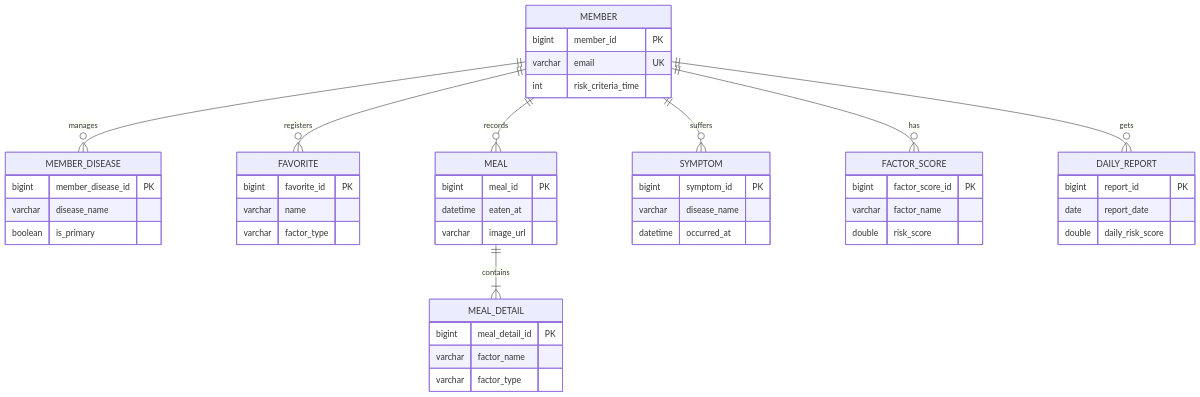
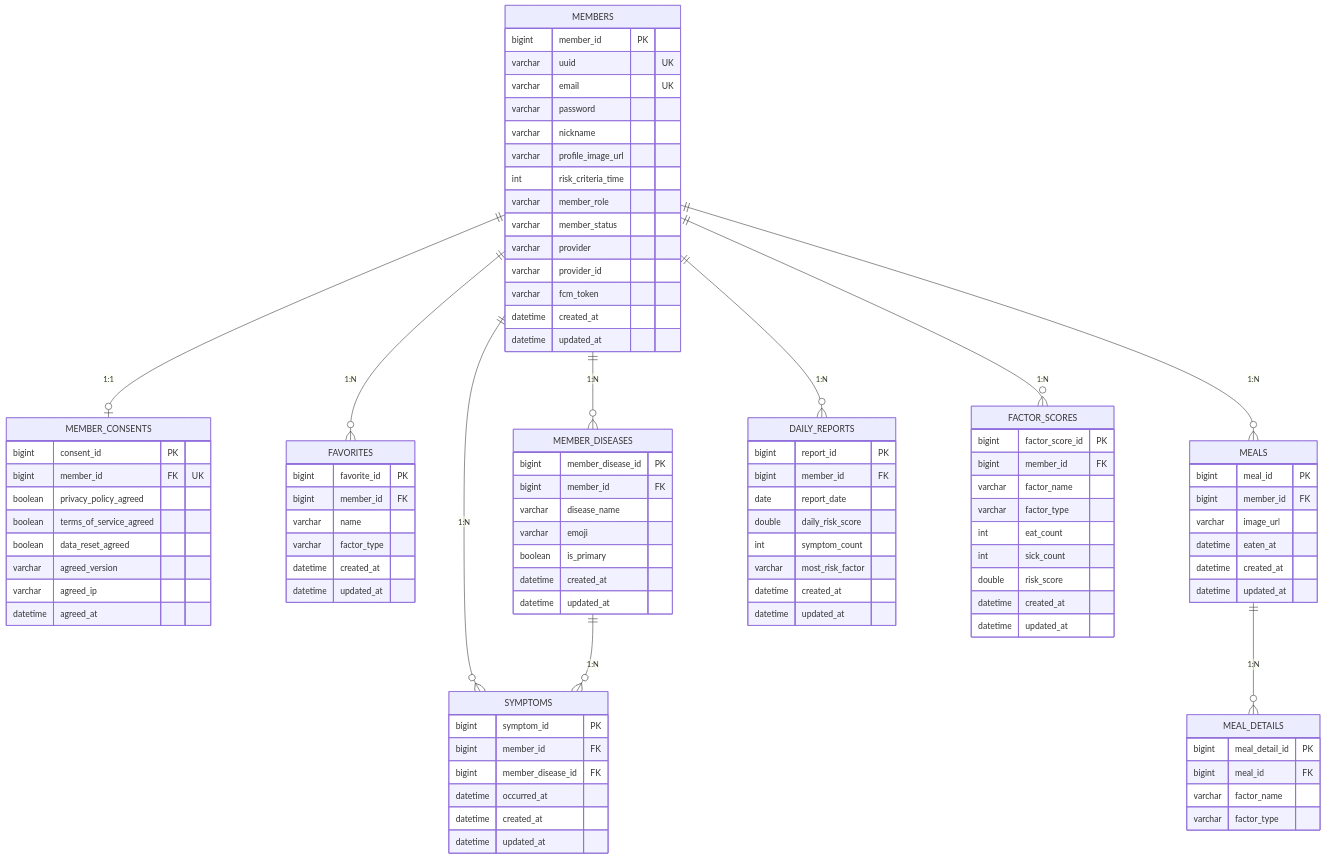
Before and after one commit to Bona-Stella/backend-docs-hub: the diagram in welog/ERD_V1.0.md, drawn with Mermaid.

Commit message:
Revise ERD with updated entity relationships and fields

````diff
--- a/welog/ERD_V1.0.md
+++ b/welog/ERD_V1.0.md
@@ -153,59 +153,109 @@
 ```mermaid
 erDiagram
-    MEMBER ||--o{ MEMBER_DISEASE : manages
-    MEMBER ||--o{ FAVORITE : registers
-    MEMBER ||--o{ MEAL : records
-    MEMBER ||--o{ SYMPTOM : suffers
-    MEMBER ||--o{ FACTOR_SCORE : has
-    MEMBER ||--o{ DAILY_REPORT : gets
+    MEMBERS ||--o| MEMBER_CONSENTS : "1:1"
+    MEMBERS ||--o{ FAVORITES : "1:N"
+    MEMBERS ||--o{ MEMBER_DISEASES : "1:N"
+    MEMBERS ||--o{ MEALS : "1:N"
+    MEMBERS ||--o{ SYMPTOMS : "1:N"
+    MEMBERS ||--o{ DAILY_REPORTS : "1:N"
+    MEMBERS ||--o{ FACTOR_SCORES : "1:N"
 
-    MEAL ||--|{ MEAL_DETAIL : contains
+    MEALS ||--o{ MEAL_DETAILS : "1:N"
 
-    MEMBER {
+    MEMBER_DISEASES ||--o{ SYMPTOMS : "1:N"
+
+    MEMBERS {
         bigint member_id PK
-        varchar email UK
+        varchar uuid "UK"
+        varchar email "UK"
+        varchar password
+        varchar nickname
+        varchar profile_image_url
         int risk_criteria_time
+        varchar member_role
+        varchar member_status
+        varchar provider
+        varchar provider_id
+        varchar fcm_token
+        datetime created_at
+        datetime updated_at
     }
 
-    MEMBER_DISEASE {
-        bigint member_disease_id PK
-        varchar disease_name
-        boolean is_primary
+    MEMBER_CONSENTS {
+        bigint consent_id PK
+        bigint member_id FK "UK"
+        boolean privacy_policy_agreed
+        boolean terms_of_service_agreed
+        boolean data_reset_agreed
+        varchar agreed_version
+        varchar agreed_ip
+        datetime agreed_at
     }
 
-    FAVORITE {
+    FAVORITES {
         bigint favorite_id PK
+        bigint member_id FK
         varchar name
         varchar factor_type
+        datetime created_at
+        datetime updated_at
     }
 
-    MEAL {
-        bigint meal_id PK
-        datetime eaten_at
-        varchar image_url
+    MEMBER_DISEASES {
+        bigint member_disease_id PK
+        bigint member_id FK
+        varchar disease_name
+        varchar emoji
+        boolean is_primary
+        datetime created_at
+        datetime updated_at
     }
 
-    MEAL_DETAIL {
+    MEALS {
+        bigint meal_id PK
+        bigint member_id FK
+        varchar image_url
+        datetime eaten_at
+        datetime created_at
+        datetime updated_at
+    }
+
+    MEAL_DETAILS {
         bigint meal_detail_id PK
+        bigint meal_id FK
         varchar factor_name
         varchar factor_type
     }
 
-    SYMPTOM {
+    SYMPTOMS {
         bigint symptom_id PK
-        varchar disease_name
+        bigint member_id FK
+        bigint member_disease_id FK
         datetime occurred_at
+        datetime created_at
+        datetime updated_at
     }
 
-    FACTOR_SCORE {
-        bigint factor_score_id PK
-        varchar factor_name
-        double risk_score
+    DAILY_REPORTS {
+        bigint report_id PK
+        bigint member_id FK
+        date report_date
+        double daily_risk_score
+        int symptom_count
+        varchar most_risk_factor
+        datetime created_at
+        datetime updated_at
     }
 
-    DAILY_REPORT {
-        bigint report_id PK
-        date report_date
-        double daily_risk_score
+    FACTOR_SCORES {
+        bigint factor_score_id PK
+        bigint member_id FK
+        varchar factor_name
+        varchar factor_type
+        int eat_count
+        int sick_count
+        double risk_score
+        datetime created_at
+        datetime updated_at
     }
 ```
````
